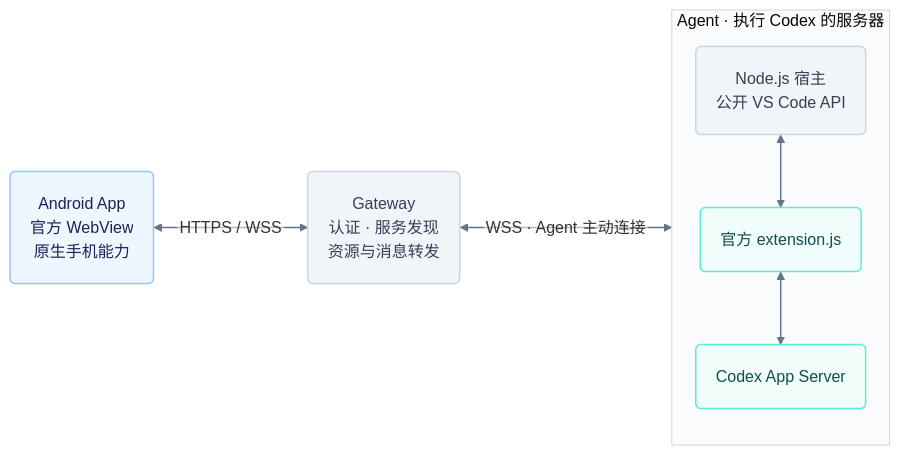
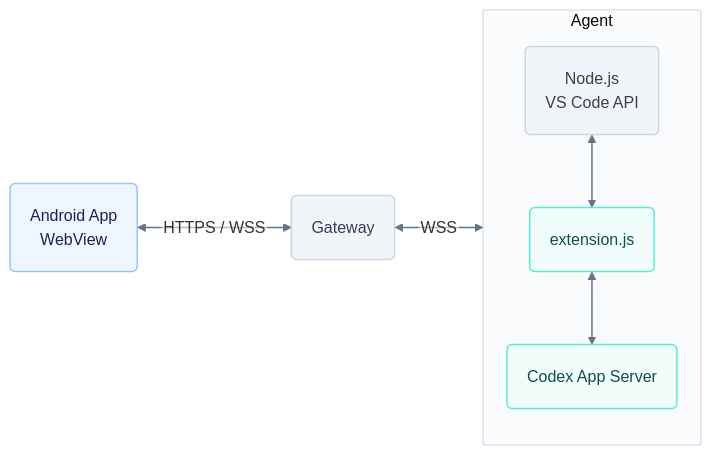
The diagram in docs/assets/diagrams/architecture.mmd (chensunlai/codex-remote), drawn with Mermaid before and after one commit. The commit also changed 1 other file, not shown here.

Commit message:
docs: simplify architecture diagram to English labels

```diff
--- a/docs/assets/diagrams/architecture.mmd
+++ b/docs/assets/diagrams/architecture.mmd
@@ -1,46 +1,43 @@
 ---
 config:
   theme: base
   fontFamily: 'Noto Sans CJK SC, sans-serif'
   markdownAutoWrap: false
   themeCSS: ".edgeLabel .background { fill: #ffffff !important; opacity: 1 !important; }"
   themeVariables:
     fontSize: 16px
     lineColor: '#64748b'
     edgeLabelBackground: '#ffffff'
   flowchart:
     htmlLabels: false
     curve: linear
     nodeSpacing: 28
     rankSpacing: 48
     padding: 20
     wrappingWidth: 240
 ---
 flowchart LR
     app("Android App
-官方 WebView
-原生手机能力")
-    gateway("Gateway
-认证 · 服务发现
-资源与消息转发")
+WebView")
+    gateway("Gateway")
 
-    subgraph agent["Agent · 执行 Codex 的服务器"]
+    subgraph agent["Agent"]
         direction TB
-        host("Node.js 宿主
-公开 VS Code API")
-        extension("官方 extension.js")
+        host("Node.js
+VS Code API")
+        extension("extension.js")
         codex("Codex App Server")
         host <--> extension <--> codex
     end
 
     app <-->|HTTPS / WSS| gateway
-    gateway <-->|WSS · Agent 主动连接| agent
+    gateway <-->|WSS| agent
 
     classDef mobile fill:#eff6ff,stroke:#93c5fd,color:#172554,stroke-width:1.5px
     classDef relay fill:#f1f5f9,stroke:#cbd5e1,color:#334155,stroke-width:1.5px
     classDef official fill:#f0fdfa,stroke:#5eead4,color:#134e4a,stroke-width:1.5px
     class app mobile
     class gateway,host relay
     class extension,codex official
     style agent fill:#fafbfc,stroke:#cbd5e1,color:#334155,stroke-width:1px
     linkStyle default stroke:#64748b,stroke-width:1.5px
```
